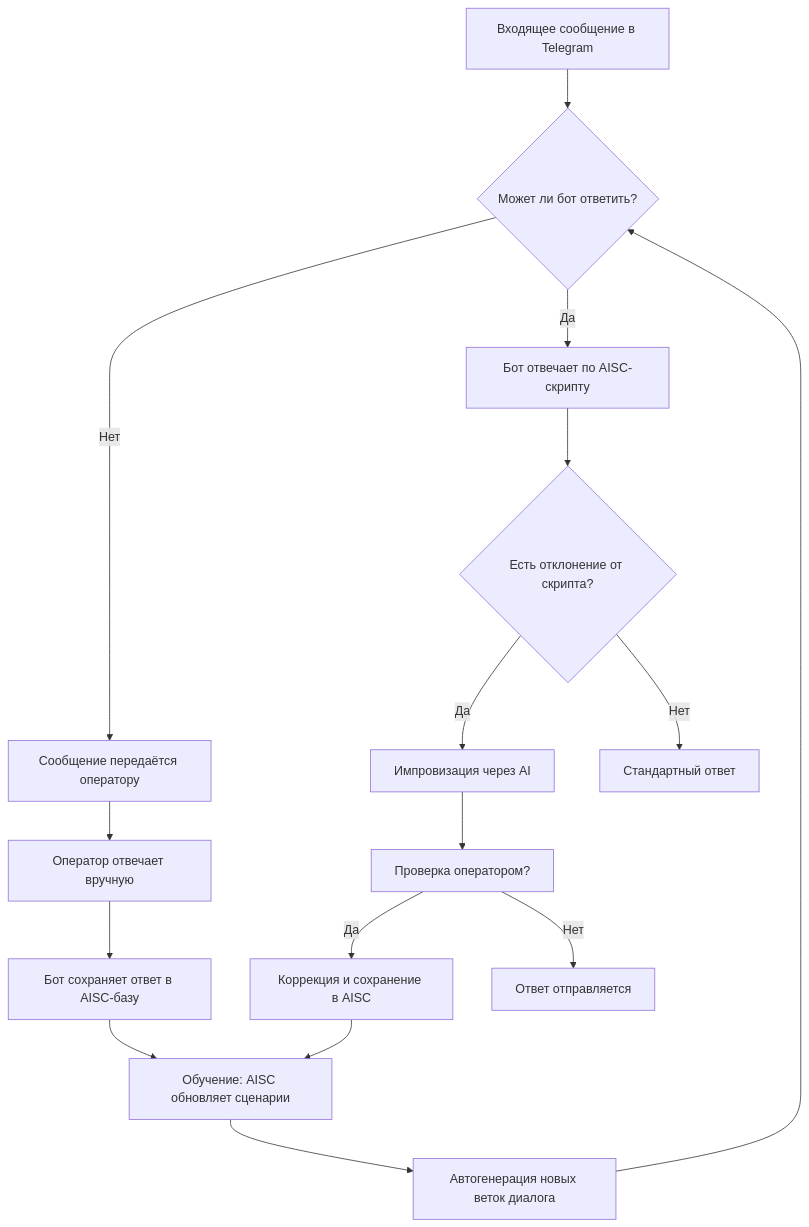
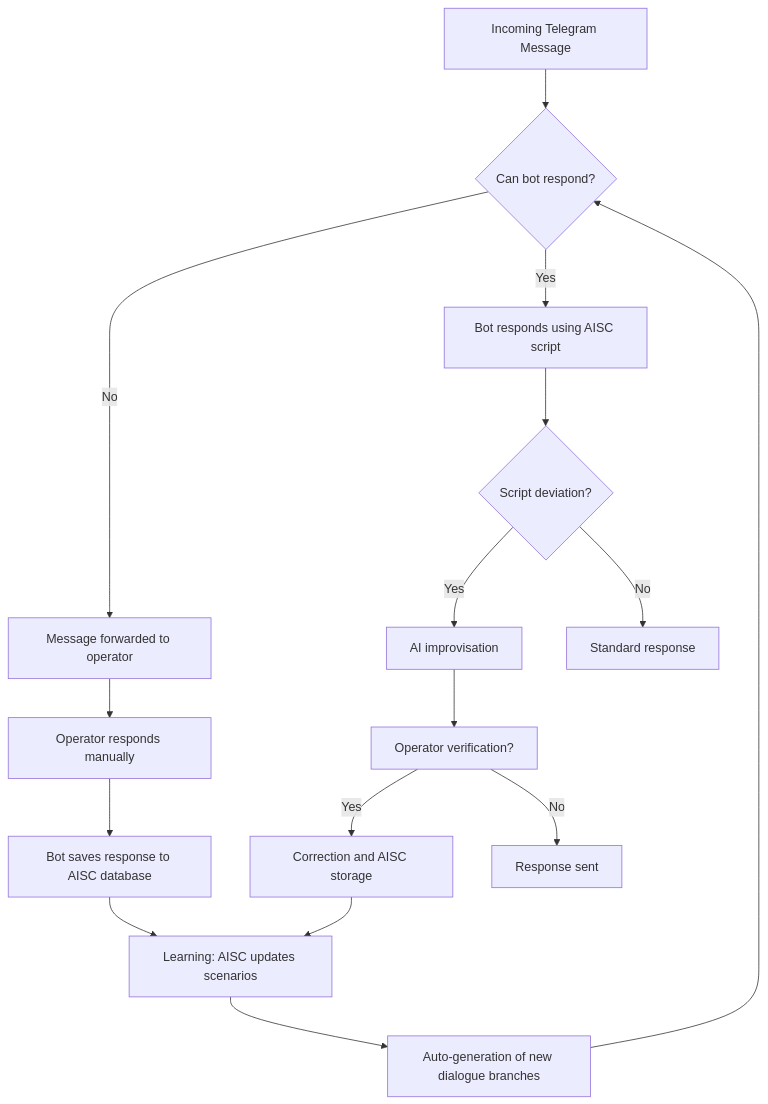
One commit to braindler/braindler-secretary changed the diagram in README.md. Above: the diagram before and after it, drawn with Mermaid. The commit also changed other lines of this file and 1 other file, not shown here.

````diff
--- a/README.md
+++ b/README.md
@@ -31,18 +30,18 @@
 ```mermaid
 graph TD
-    A[Входящее сообщение в Telegram] --> B{Может ли бот ответить?}
-    B -- Да --> C[Бот отвечает по AISC-скрипту]
-    B -- Нет --> D[Сообщение передаётся оператору]
-    D --> E[Оператор отвечает вручную]
-    E --> F[Бот сохраняет ответ в AISC-базу]
-    F --> G[Обучение: AISC обновляет сценарии]
-    G --> H[Автогенерация новых веток диалога]
-    C --> I{Есть отклонение от скрипта?}
-    I -- Да --> J[Импровизация через AI]
-    I -- Нет --> K[Стандартный ответ]
-    J --> L[Проверка оператором?]
-    L -- Да --> M[Коррекция и сохранение в AISC]
-    L -- Нет --> N[Ответ отправляется]
+    A[Incoming Telegram Message] --> B{Can bot respond?}
+    B -- Yes --> C[Bot responds using AISC script]
+    B -- No --> D[Message forwarded to operator]
+    D --> E[Operator responds manually]
+    E --> F[Bot saves response to AISC database]
+    F --> G[Learning: AISC updates scenarios]
+    G --> H[Auto-generation of new dialogue branches]
+    C --> I{Script deviation?}
+    I -- Yes --> J[AI improvisation]
+    I -- No --> K[Standard response]
+    J --> L[Operator verification?]
+    L -- Yes --> M[Correction and AISC storage]
+    L -- No --> N[Response sent]
     H --> B
     M --> G
 ```
````
